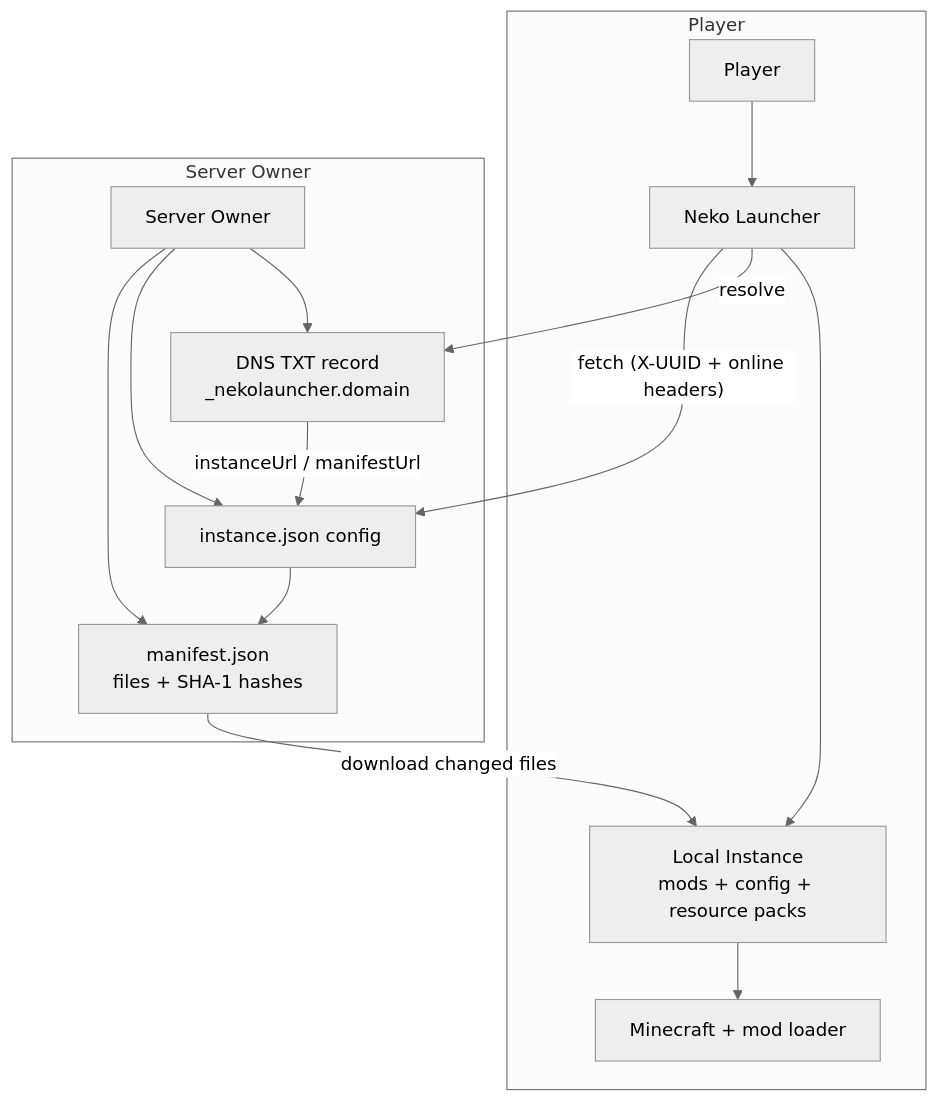
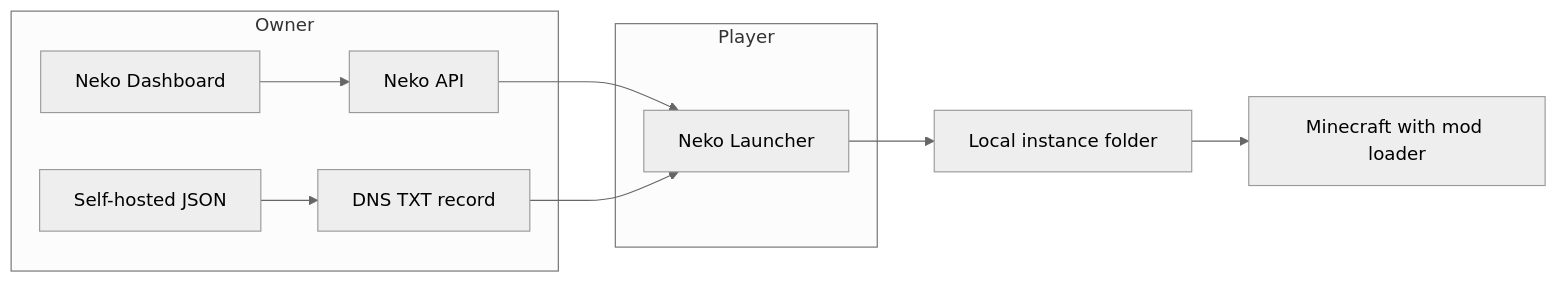
Before and after one commit to alice-magic/wiki: the diagram in en/README.md, drawn with Mermaid (neutral theme). The commit also changed other lines of this file and 43 other files, not shown here.

Commit message:
docs: rewrite the wiki for the Neko platform (players, dashboard, technical reference), EN + TH

````diff
--- a/en/README.md
+++ b/en/README.md
@@ -13,20 +24,14 @@
 ```mermaid
-graph TD
+graph LR
+  subgraph Owner
+    D[Neko Dashboard] --> API[Neko API]
+    H[Self-hosted JSON] --> DNS[DNS TXT record]
+  end
   subgraph Player
-    P[Player] --> L[Neko Launcher]
-    L --> I[Local Instance<br/>mods + config + resource packs]
-    I --> MC[Minecraft + mod loader]
+    L[Neko Launcher]
   end
-
-  subgraph "Server Owner"
-    O[Server Owner] --> DNS["DNS TXT record<br/>_nekolauncher.domain"]
-    O --> CFG[instance.json config]
-    O --> MAN["manifest.json<br/>files + SHA-1 hashes"]
-  end
-
-  L -->|resolve| DNS
-  DNS -->|instanceUrl / manifestUrl| CFG
-  L -->|"fetch (X-UUID + online headers)"| CFG
-  CFG --> MAN
-  MAN -->|download changed files| I
+  API --> L
+  DNS --> L
+  L --> I[Local instance folder]
+  I --> MC[Minecraft with mod loader]
 ```
````
